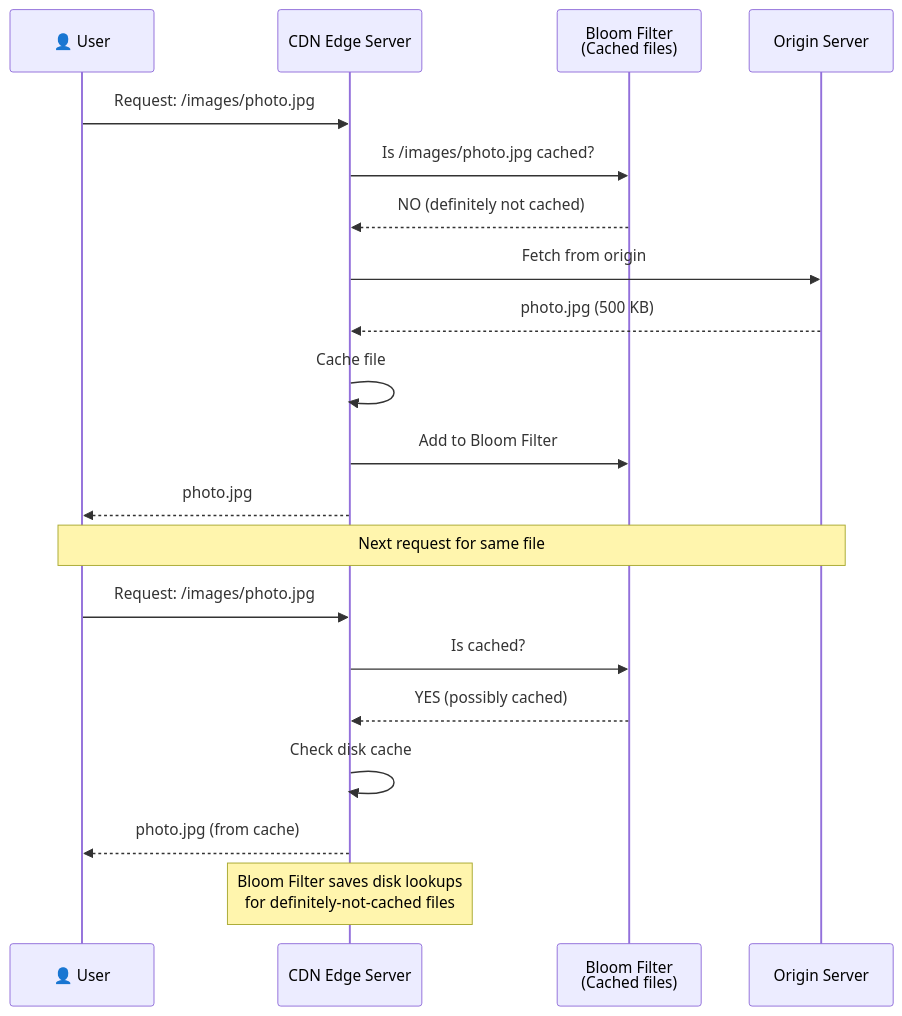
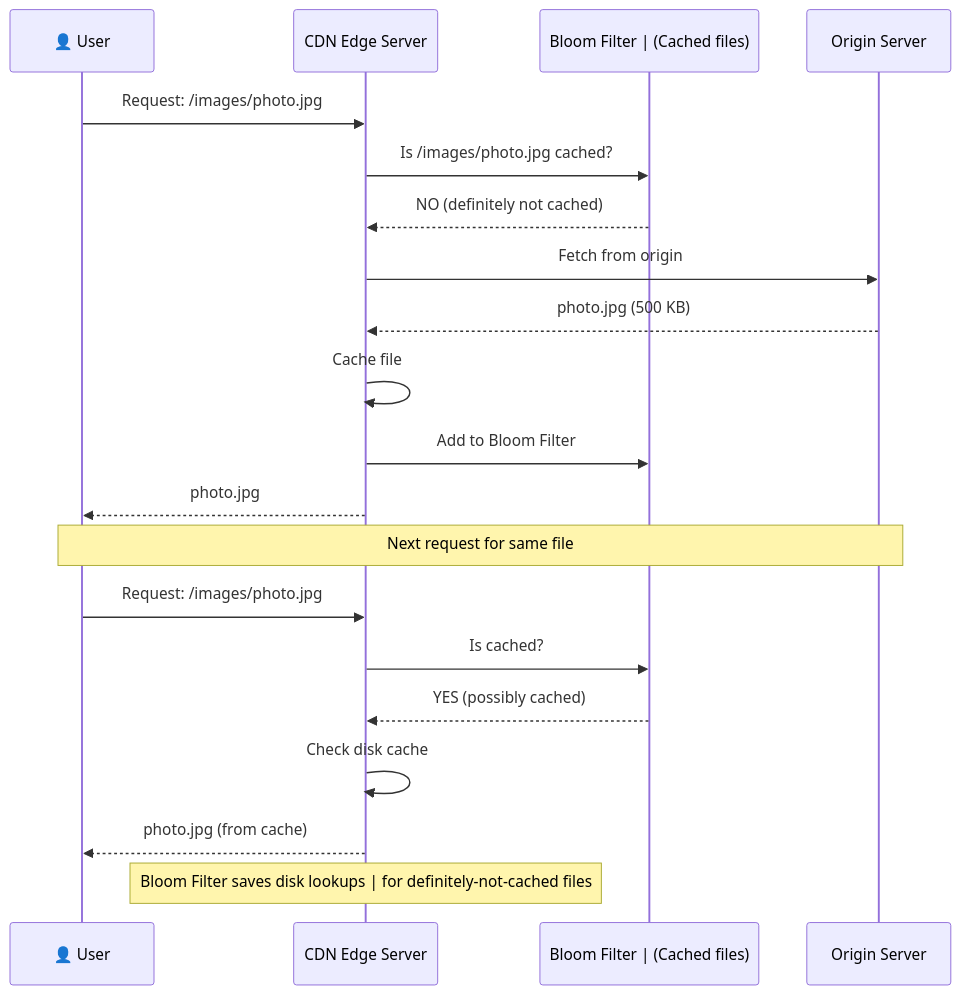
Diagram 12 of 14 in HLD/foundation/13_bloom-filters.md (p1kmr/for-reading), drawn with Mermaid before and after one commit. The commit also changed other lines of this file and 14 other files, not shown here.

Commit message:
Fix Mermaid diagram syntax: Replace <br/> with <br> for GitHub compatibility

````diff
--- a/HLD/foundation/13_bloom-filters.md
+++ b/HLD/foundation/13_bloom-filters.md
@@ -489,35 +489,35 @@
 ```mermaid
 sequenceDiagram
     participant User as 👤 User
     participant Edge as CDN Edge Server
-    participant BF as Bloom Filter<br/>(Cached files)
+    participant BF as Bloom Filter | (Cached files)
     participant Origin as Origin Server
 
     User->>Edge: Request: /images/photo.jpg
 
     Edge->>BF: Is /images/photo.jpg cached?
 
     BF-->>Edge: NO (definitely not cached)
 
     Edge->>Origin: Fetch from origin
     Origin-->>Edge: photo.jpg (500 KB)
 
     Edge->>Edge: Cache file
     Edge->>BF: Add to Bloom Filter
 
     Edge-->>User: photo.jpg
 
     Note over User,Origin: Next request for same file
 
     User->>Edge: Request: /images/photo.jpg
 
     Edge->>BF: Is cached?
 
     BF-->>Edge: YES (possibly cached)
 
     Edge->>Edge: Check disk cache
 
     Edge-->>User: photo.jpg (from cache)
 
-    Note over Edge: Bloom Filter saves disk lookups<br/>for definitely-not-cached files
+    Note over Edge: Bloom Filter saves disk lookups | for definitely-not-cached files
 ```
````
